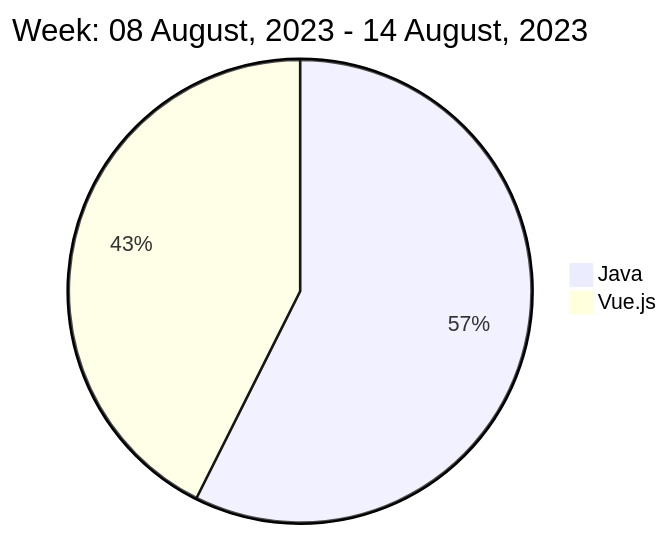
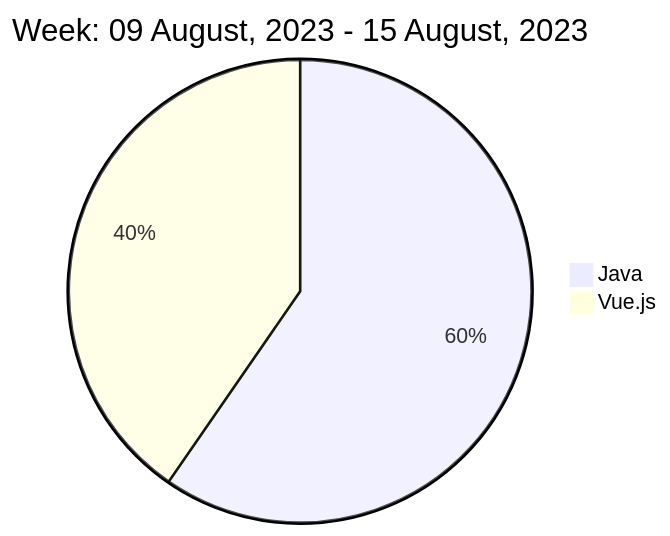
The diagram in README.md (liubin95/liubin95), drawn with Mermaid before and after one commit.

Commit message:
Updated the Graph with new Metrics

````diff
--- a/README.md
+++ b/README.md
@@ -40,6 +40,6 @@
 ```mermaid
  pie
-title Week: 08 August, 2023 - 14 August, 2023
- "Java" : 2.6
- "Vue.js" : 1.93
+title Week: 09 August, 2023 - 15 August, 2023
+ "Java" : 2.17
+ "Vue.js" : 1.47
 ```
````
